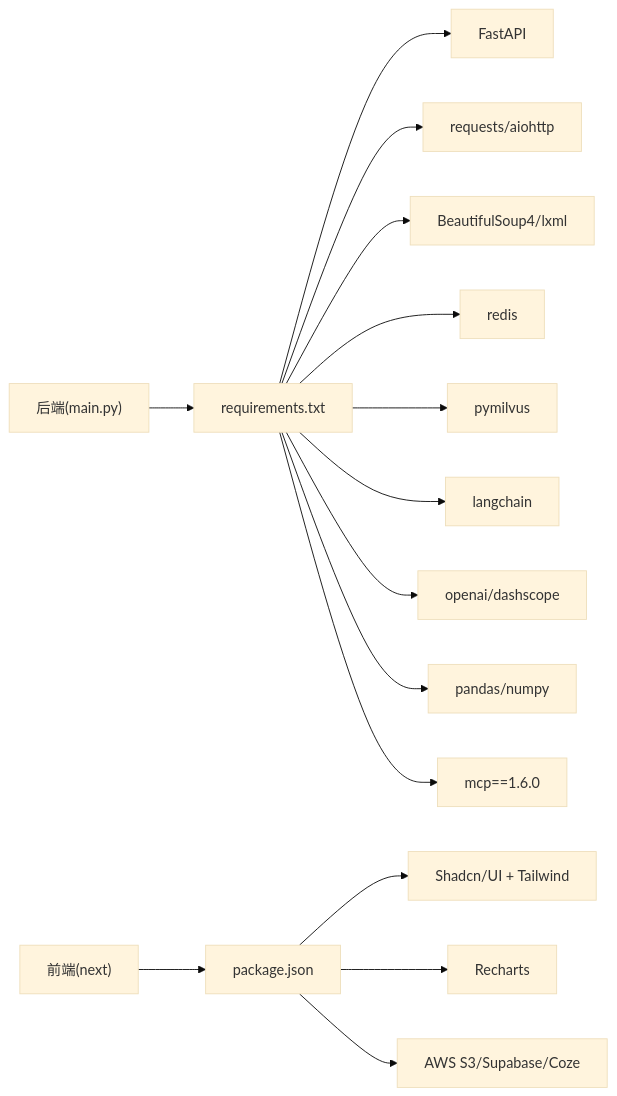
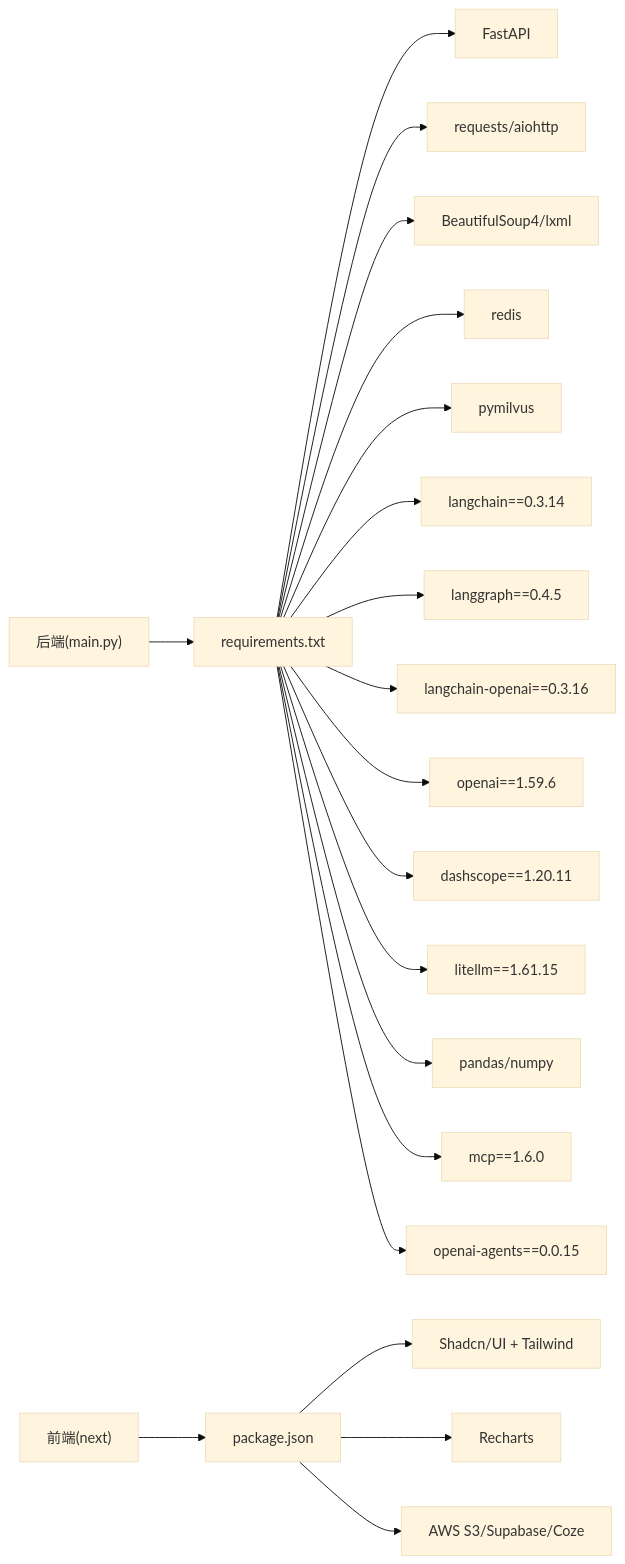
Before and after one commit to ghbbn053-ship-itsoulddog/soulddog: the ninth of 9 diagrams in .qoder/repowiki/zh/content/开发指南/扩展点与插件/第三方服务集成.md, drawn with Mermaid (base theme). The commit also changed other lines of this file and 119 other files, not shown here.

````diff
--- a/.qoder/repowiki/zh/content/开发指南/扩展点与插件/第三方服务集成.md
+++ b/.qoder/repowiki/zh/content/开发指南/扩展点与插件/第三方服务集成.md
@@ -375,17 +515,22 @@
 ```mermaid
 graph LR
 BE["后端(main.py)"] --> Req["requirements.txt"]
 Req --> FastAPI["FastAPI"]
 Req --> Requests["requests/aiohttp"]
 Req --> BS4["BeautifulSoup4/lxml"]
 Req --> RedisDep["redis"]
 Req --> MilvusDep["pymilvus"]
-Req --> LangChain["langchain"]
-Req --> LLM["openai/dashscope"]
+Req --> LangChain["langchain==0.3.14"]
+Req --> LangGraph["langgraph==0.4.5"]
+Req --> LangChainOpenAI["langchain-openai==0.3.16"]
+Req --> OpenAI["openai==1.59.6"]
+Req --> DashScope["dashscope==1.20.11"]
+Req --> LiteLLM["litellm==1.61.15"]
 Req --> Tools["pandas/numpy"]
 Req --> MCP["mcp==1.6.0"]
+Req --> OpenAIAgents["openai-agents==0.0.15"]
 FE["前端(next)"] --> Pkg["package.json"]
 Pkg --> UI["Shadcn/UI + Tailwind"]
 Pkg --> Charts["Recharts"]
 Pkg --> SDKs["AWS S3/Supabase/Coze"]
 ```
````
